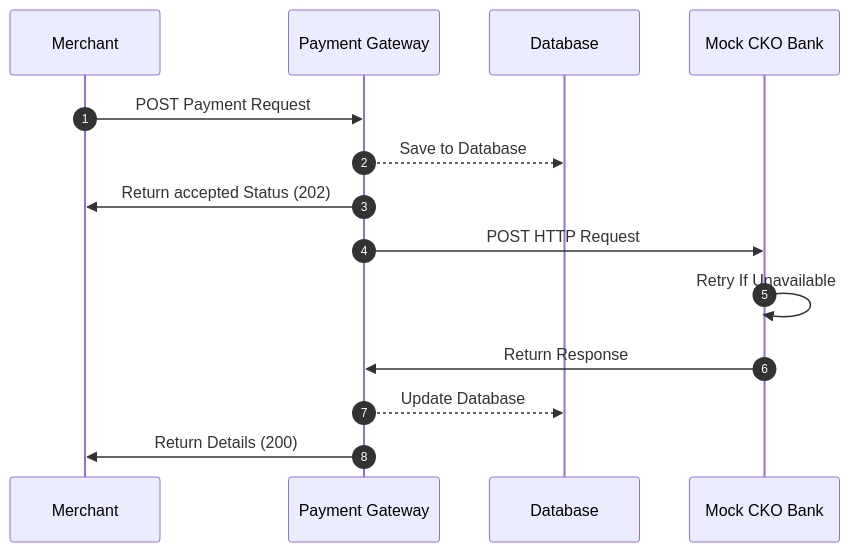
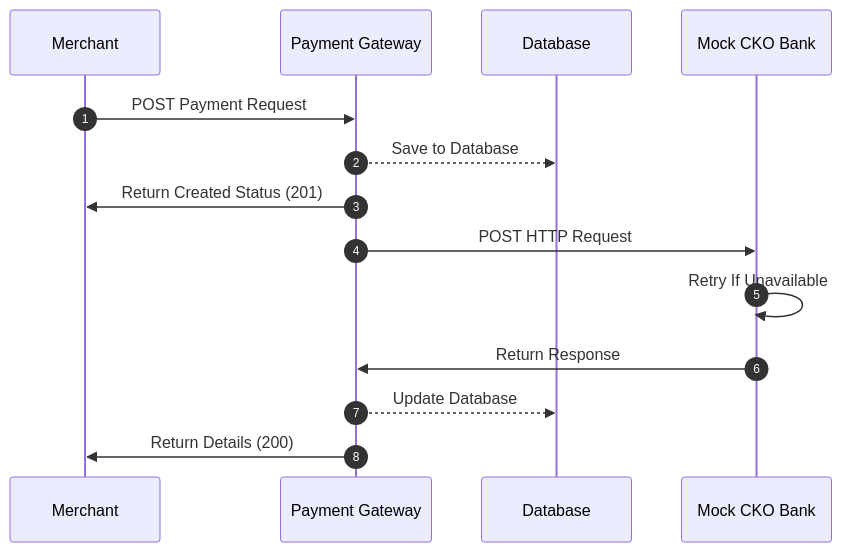
One commit to samjones00/payment-gateway changed the first of 2 diagrams in README.md. Above: the diagram before and after it, drawn with Mermaid. The commit also changed other lines of this file and 42 other files, not shown here.

````diff
--- a/README.md
+++ b/README.md
@@ -8,17 +8,17 @@
 ```mermaid
 sequenceDiagram
     autonumber
     participant Merchant
     participant PG as Payment Gateway 
     participant DB as Database
     participant Bank as Mock CKO Bank
     Merchant->>PG: POST Payment Request
     PG-->>DB: Save to Database
-    PG->>Merchant: Return accepted  Status (202)
+    PG->>Merchant: Return Created Status (201)
 
     PG->>Bank: POST HTTP Request 
     Bank->>Bank: Retry If Unavailable     
     Bank->>PG: Return Response
     PG-->>DB: Update Database    
     PG->>Merchant: Return Details (200)
 ```
````
